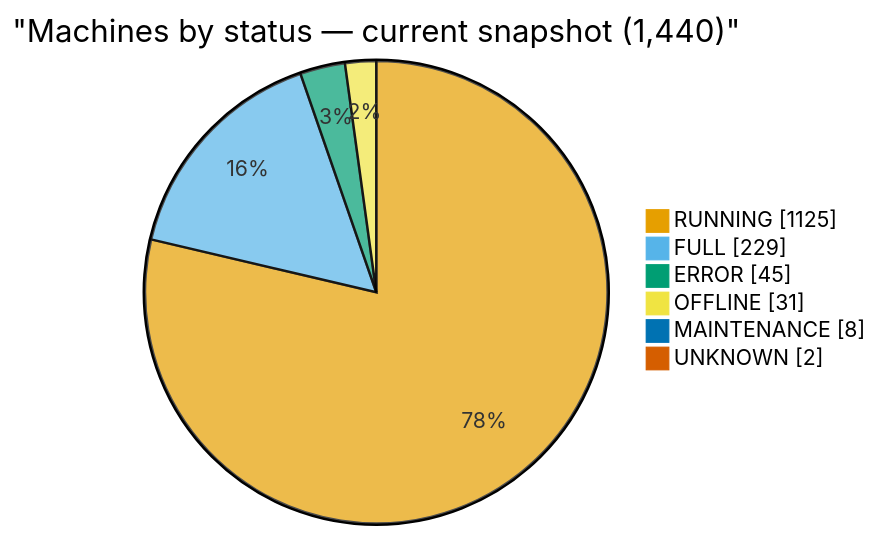
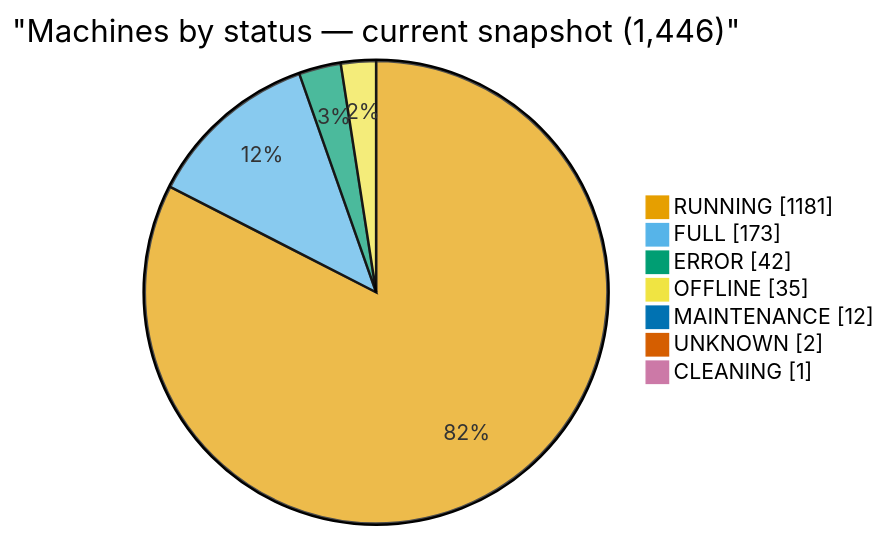
The first of 5 diagrams in ANALYSIS.md (cheeaun/returnright-data), drawn with Mermaid before and after one commit. The commit also changed other lines of this file and 4 other files, not shown here.

````diff
--- a/ANALYSIS.md
+++ b/ANALYSIS.md
@@ -22,22 +22,23 @@
 ```mermaid
 ---
 config:
   themeVariables:
     pie1: "#E69F00"
     pie2: "#56B4E9"
     pie3: "#009E73"
     pie4: "#F0E442"
     pie5: "#0072B2"
     pie6: "#D55E00"
     pie7: "#CC79A7"
     pie8: "#999999"
 ---
 pie showData
-    title "Machines by status — current snapshot (1,440)"
-    "RUNNING": 1125
-    "FULL": 229
-    "ERROR": 45
-    "OFFLINE": 31
-    "MAINTENANCE": 8
+    title "Machines by status — current snapshot (1,446)"
+    "RUNNING": 1181
+    "FULL": 173
+    "ERROR": 42
+    "OFFLINE": 35
+    "MAINTENANCE": 12
     "UNKNOWN": 2
+    "CLEANING": 1
 ```
````
